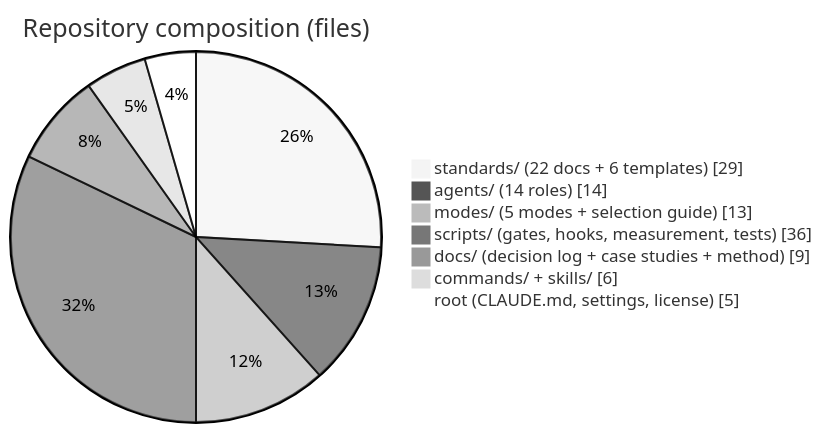
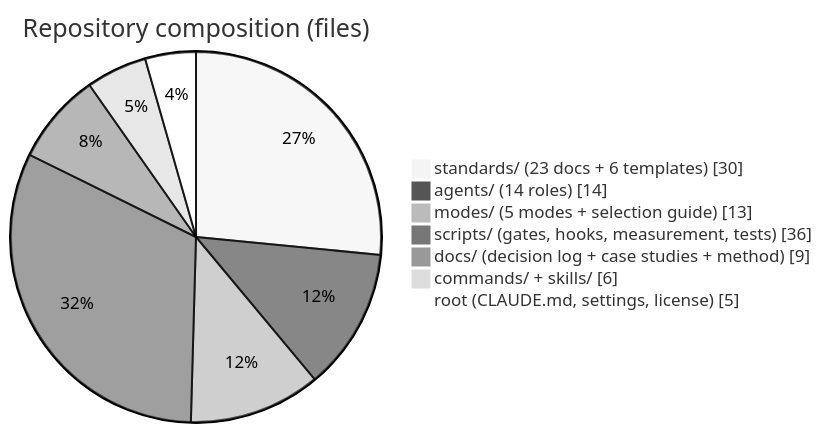
The second of 4 diagrams in README.md (adyusuf/claude-code-standards), drawn with Mermaid (neutral theme) before and after one commit. The commit also changed other lines of this file and 21 other files, not shown here.

````diff
--- a/README.md
+++ b/README.md
@@ -211,10 +211,10 @@
 ```mermaid
 pie showData title Repository composition (files)
- "standards/ (22 docs + 6 templates)" : 29
+ "standards/ (23 docs + 6 templates)" : 30
  "agents/ (14 roles)" : 14
  "modes/ (5 modes + selection guide)" : 13
  "scripts/ (gates, hooks, measurement, tests)" : 36
  "docs/ (decision log + case studies + method)" : 9
  "commands/ + skills/" : 6
  "root (CLAUDE.md, settings, license)" : 5
 ```
````
